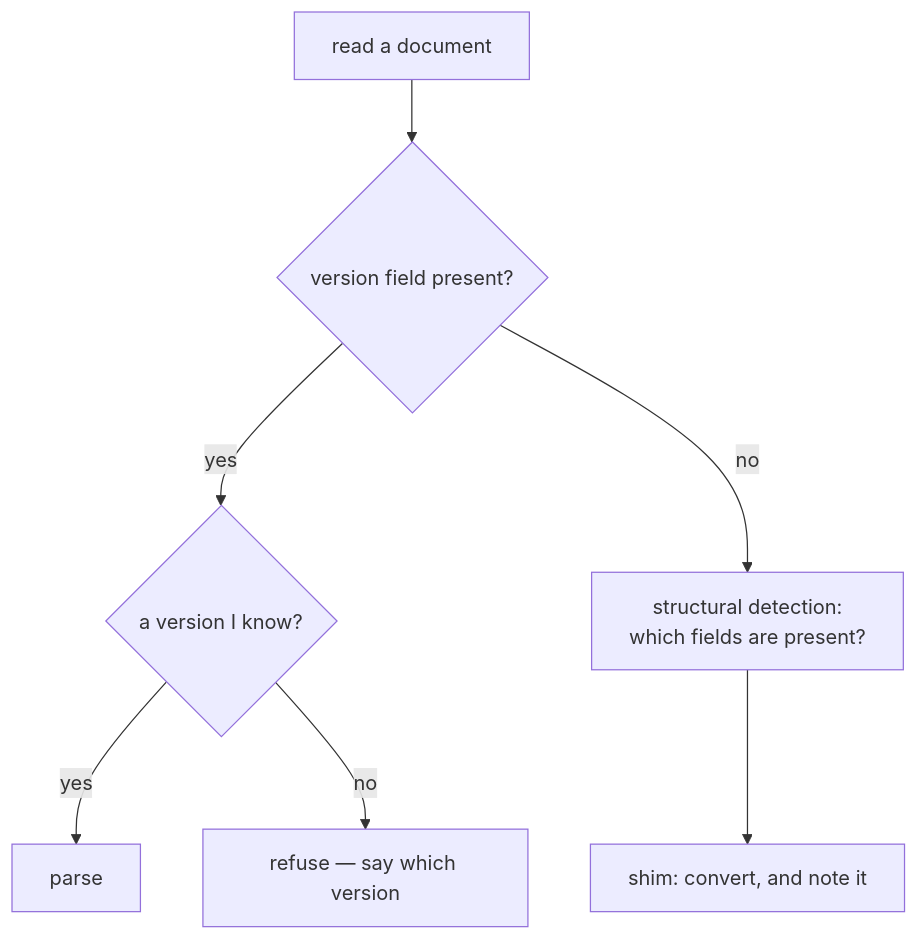
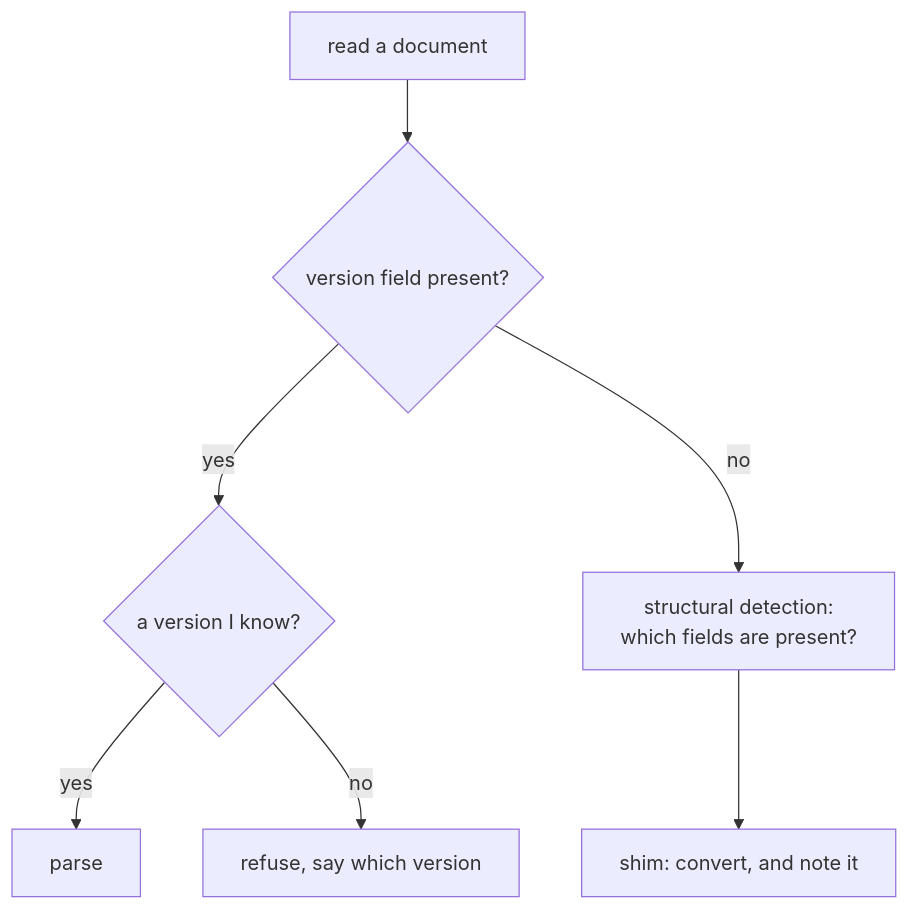
The diagram in docs/cs/schema-versioning.md (jennarbates/StratigraphyGenerator), drawn with Mermaid before and after one commit. The commit also changed other lines of this file and 309 other files, not shown here.

````diff
--- a/docs/cs/schema-versioning.md
+++ b/docs/cs/schema-versioning.md
@@ -40,9 +40,9 @@
 ```mermaid
 flowchart TB
   R["read a document"] --> V{"version field present?"}
   V -->|yes| C{"a version I know?"}
   C -->|yes| OK["parse"]
-  C -->|no| Ref["refuse — say which version"]
+  C -->|no| Ref["refuse, say which version"]
   V -->|no| S["structural detection:<br/>which fields are present?"]
   S --> Sh["shim: convert, and note it"]
 ```
````
